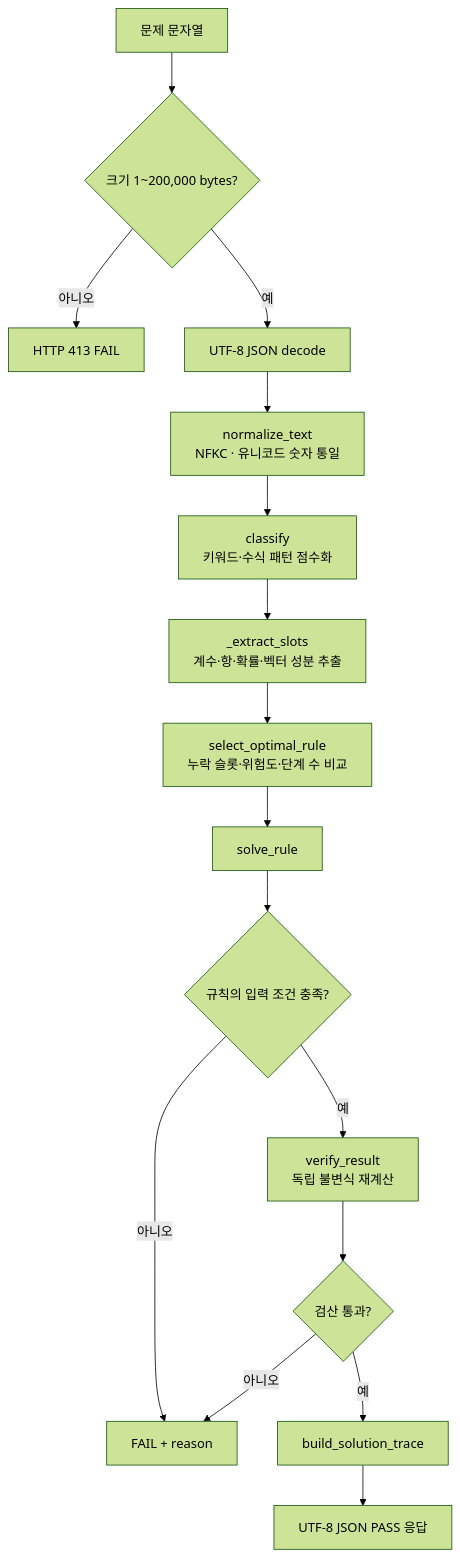
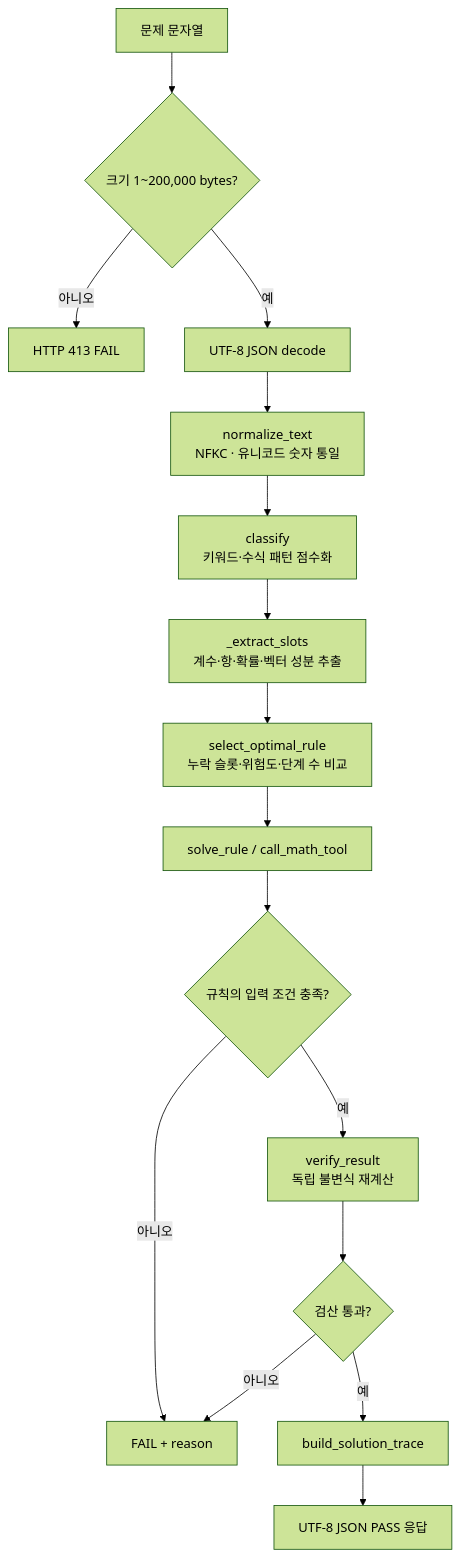
One commit to kuseumkkrkkr/AIFlow-Core changed the diagram in docs/AIFlow-Core-Obsidian-Vault/20 Flows/Solve Request Flow.md. Above: the diagram before and after it, drawn with Mermaid (forest theme). The commit also changed 15 other files, not shown here.

Commit message:
replace exam-specific rule with reusable math tools

````diff
--- a/docs/AIFlow-Core-Obsidian-Vault/20 Flows/Solve Request Flow.md
+++ b/docs/AIFlow-Core-Obsidian-Vault/20 Flows/Solve Request Flow.md
@@ -11,18 +11,18 @@
 ```mermaid
 flowchart TD
     A[문제 문자열] --> B{크기 1~200,000 bytes?}
     B -- 아니오 --> R400[HTTP 413 FAIL]
     B -- 예 --> C[UTF-8 JSON decode]
     C --> D[normalize_text<br/>NFKC · 유니코드 숫자 통일]
     D --> E[classify<br/>키워드·수식 패턴 점수화]
     E --> F[_extract_slots<br/>계수·항·확률·벡터 성분 추출]
     F --> G[select_optimal_rule<br/>누락 슬롯·위험도·단계 수 비교]
-    G --> H[solve_rule]
+    G --> H[solve_rule / call_math_tool]
     H --> I{규칙의 입력 조건 충족?}
     I -- 아니오 --> J[FAIL + reason]
     I -- 예 --> K[verify_result<br/>독립 불변식 재계산]
     K --> L{검산 통과?}
     L -- 아니오 --> J
     L -- 예 --> M[build_solution_trace]
     M --> N[UTF-8 JSON PASS 응답]
 ```
````
